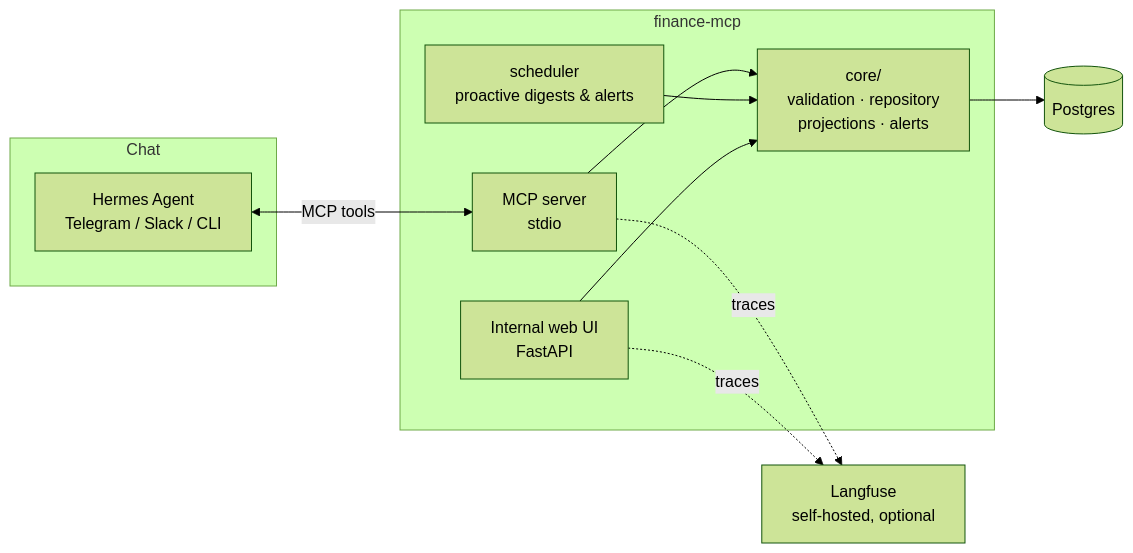
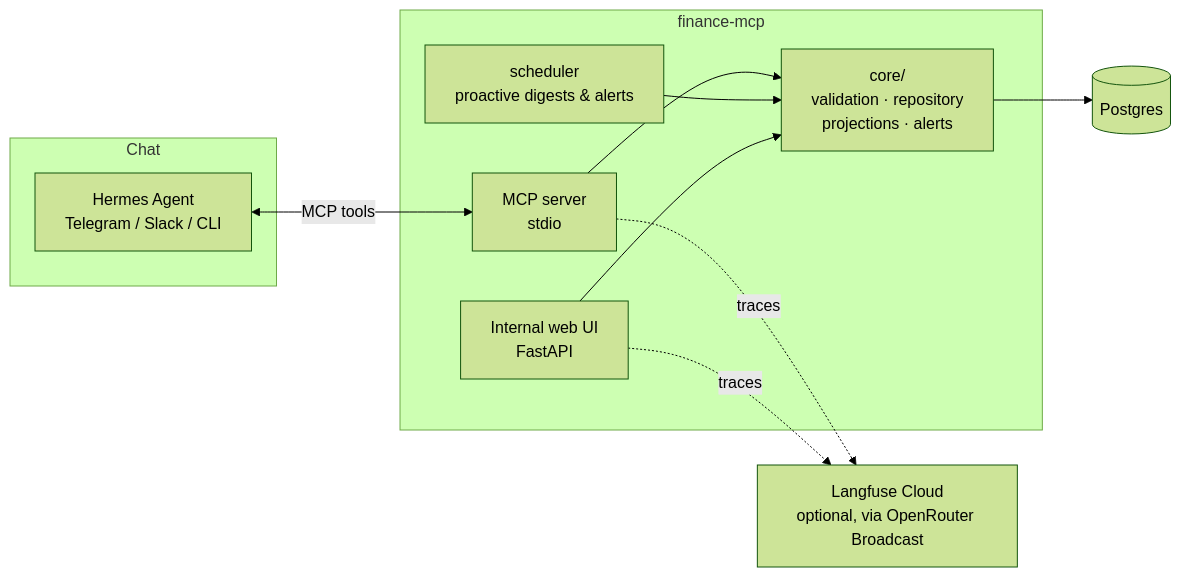
The diagram in README.md (RookieCol/finance-mcp), drawn with Mermaid (forest theme) before and after one commit. The commit also changed other lines of this file and 10 other files, not shown here.

````diff
--- a/README.md
+++ b/README.md
@@ -23,24 +23,24 @@
 ```mermaid
 flowchart LR
     subgraph Chat
         H[Hermes Agent<br/>Telegram / Slack / CLI]
     end
 
     subgraph finance-mcp
         M[MCP server<br/>stdio]
         C[core/<br/>validation · repository<br/>projections · alerts]
         S[scheduler<br/>proactive digests & alerts]
         W[Internal web UI<br/>FastAPI]
     end
 
     PG[(Postgres)]
-    LF[Langfuse<br/>self-hosted, optional]
+    LF[Langfuse Cloud<br/>optional, via OpenRouter Broadcast]
 
     H <--MCP tools--> M
     M --> C
     S --> C
     W --> C
     C --> PG
     M -. traces .-> LF
     W -. traces .-> LF
 ```
````
